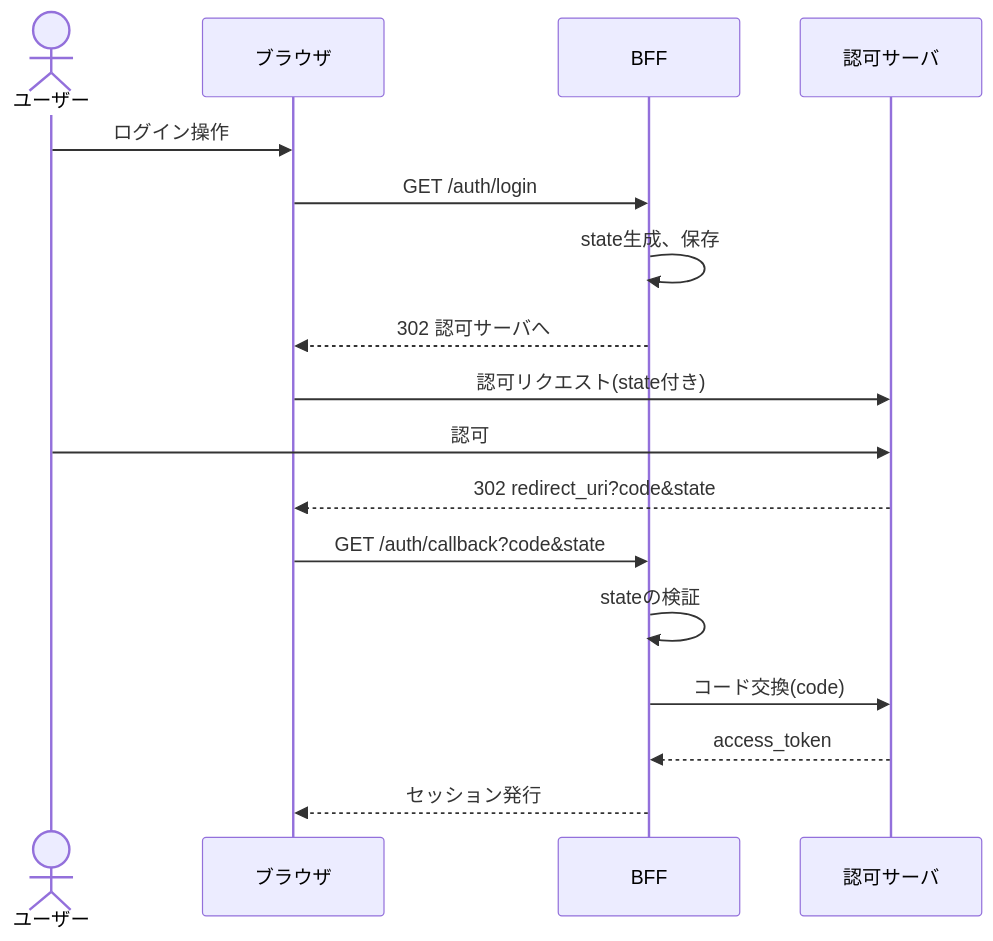
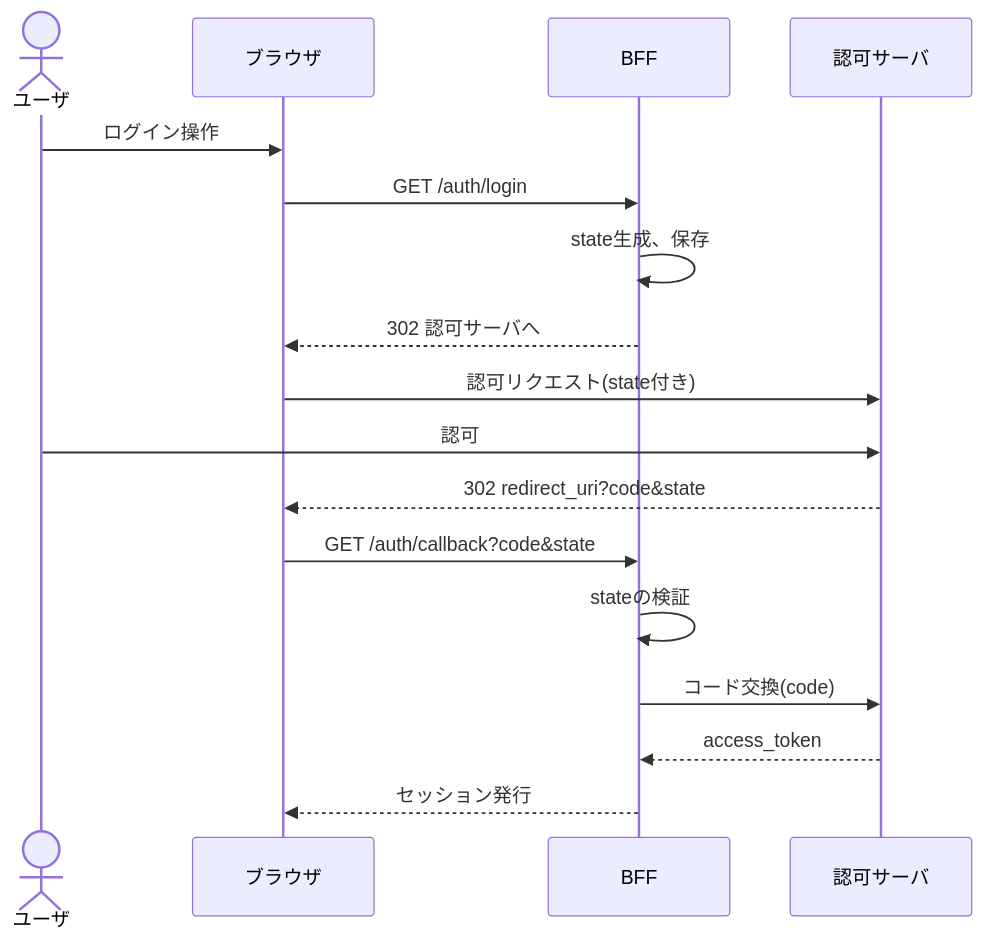
One commit to hanacus87/zenn-docs changed the first of 2 diagrams in articles/oauth_and_csrf.md. Above: the diagram before and after it, drawn with Mermaid. The commit also changed other lines of this file, not shown here.

````diff
--- a/articles/oauth_and_csrf.md
+++ b/articles/oauth_and_csrf.md
@@ -40,20 +32,20 @@
 ```mermaid
 sequenceDiagram
-    actor User as ユーザー
+    actor User as ユーザ
     participant Browser as ブラウザ
     participant BFF as BFF
     participant AS as 認可サーバ
 
     User->>Browser: ログイン操作
     Browser->>BFF: GET /auth/login
     BFF->>BFF: state生成、保存
     BFF-->>Browser: 302 認可サーバへ
     Browser->>AS: 認可リクエスト(state付き)
     User->>AS: 認可
     AS-->>Browser: 302 redirect_uri?code&state
     Browser->>BFF: GET /auth/callback?code&state
     BFF->>BFF: stateの検証
     BFF->>AS: コード交換(code)
     AS-->>BFF: access_token
     BFF-->>Browser: セッション発行
 ```
````
